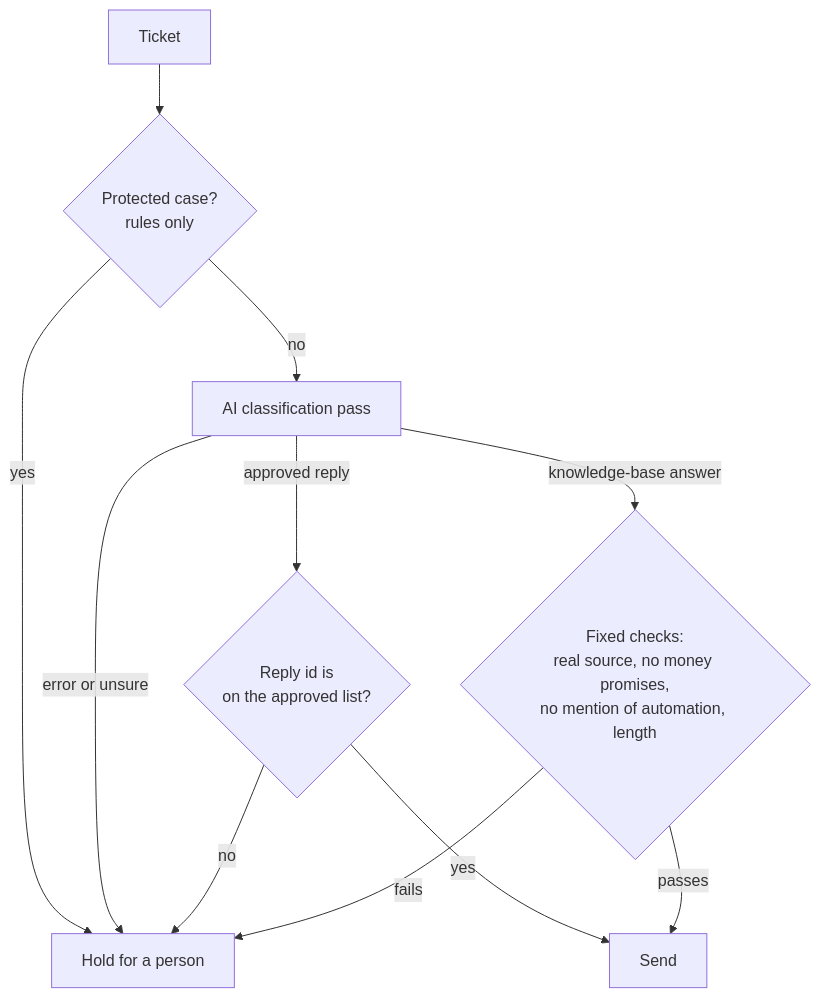
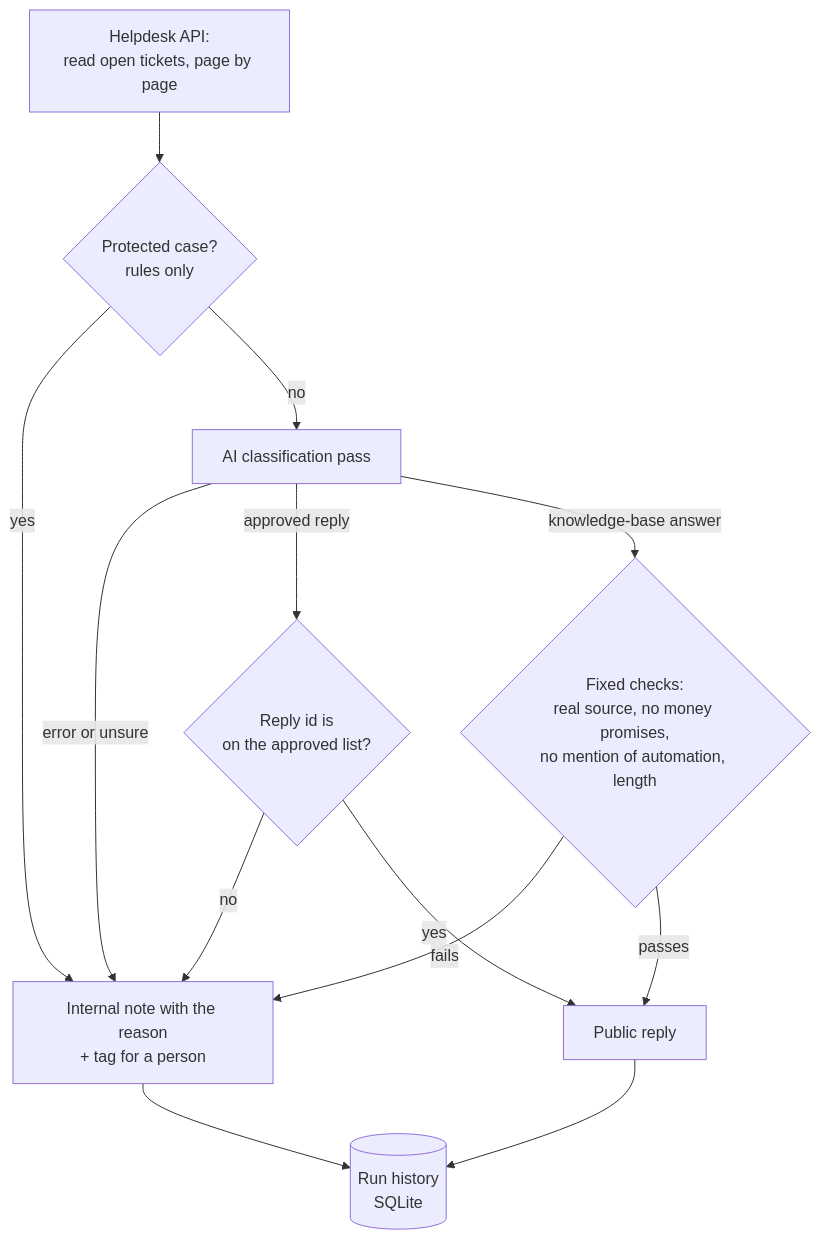
One commit to aleksandragrechuta-alt/ai-systems-portfolio changed the diagram in code-sample/triage/README.md. Above: the diagram before and after it, drawn with Mermaid. The commit also changed other lines of this file and 6 other files, not shown here.

First line of the commit message:
Code sample: online-shop examples and the helpdesk API connection

````diff
--- a/code-sample/triage/README.md
+++ b/code-sample/triage/README.md
@@ -9,13 +9,15 @@
 ```mermaid
 flowchart TD
-    T[Ticket] --> G{Protected case?<br/>rules only}
-    G -- yes --> H[Hold for a person]
+    API[Helpdesk API:<br/>read open tickets, page by page] --> G{Protected case?<br/>rules only}
+    G -- yes --> H[Internal note with the reason<br/>+ tag for a person]
     G -- no --> AI[AI classification pass]
     AI -- error or unsure --> H
     AI -- approved reply --> R{Reply id is<br/>on the approved list?}
     AI -- knowledge-base answer --> K{Fixed checks:<br/>real source, no money promises,<br/>no mention of automation, length}
     R -- no --> H
     K -- fails --> H
-    R -- yes --> S[Send]
+    R -- yes --> S[Public reply]
     K -- passes --> S
+    S --> LOG[(Run history<br/>SQLite)]
+    H --> LOG
 ```
````
